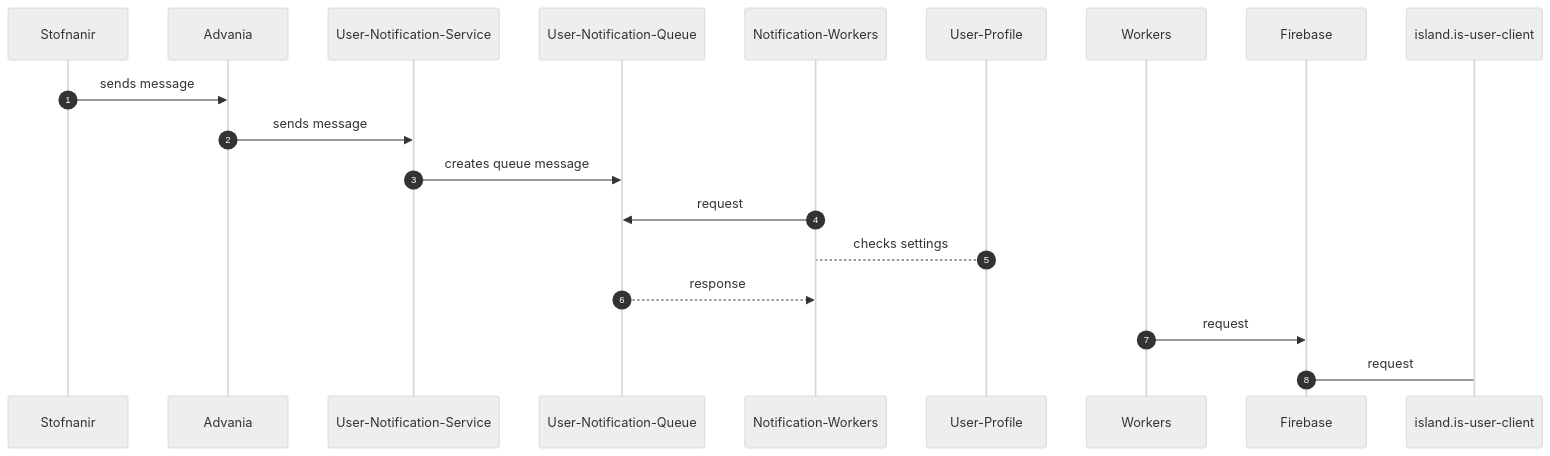
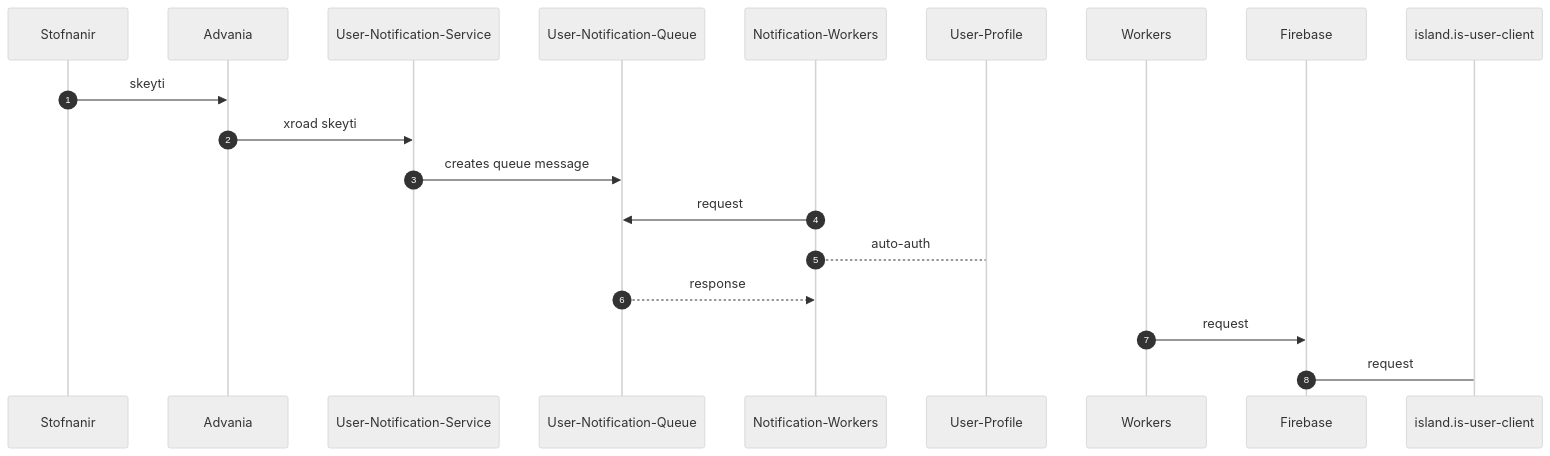
Before and after one commit to rafnarnason/bookish-fiesta: the diagram in hnipp.md, drawn with Mermaid (neutral theme).

````diff
--- a/hnipp.md
+++ b/hnipp.md
@@ -1,15 +1,15 @@
 ```mermaid
 sequenceDiagram
     autonumber
-    Stofnanir->>Advania:sends message
-    Advania->>User-Notification-Service:sends message
+    Stofnanir->>Advania:skeyti
+    Advania->>User-Notification-Service:xroad skeyti
     User-Notification-Service->>User-Notification-Queue:creates queue message
     Notification-Workers->>User-Notification-Queue:request
-    User-Profile-->Notification-Workers:checks settings
+    Notification-Workers-->User-Profile:auto-auth
     User-Notification-Queue-->>Notification-Workers:response
     Workers->>Firebase:request
     Firebase->island.is-user-client:request
     
     
    
 ```
````
